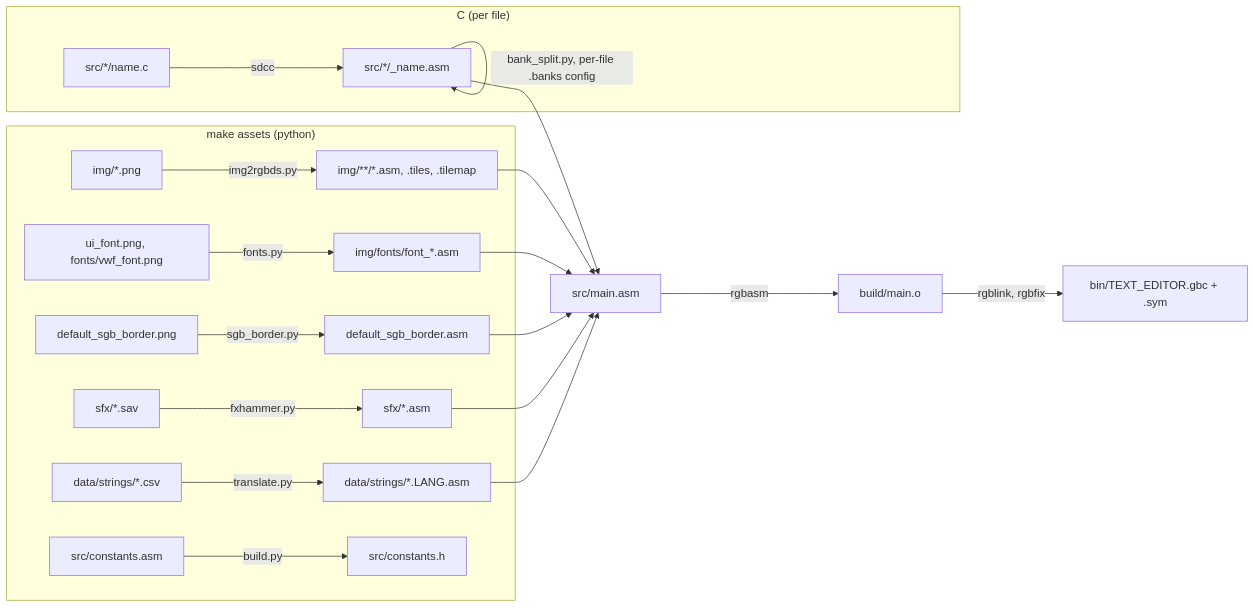
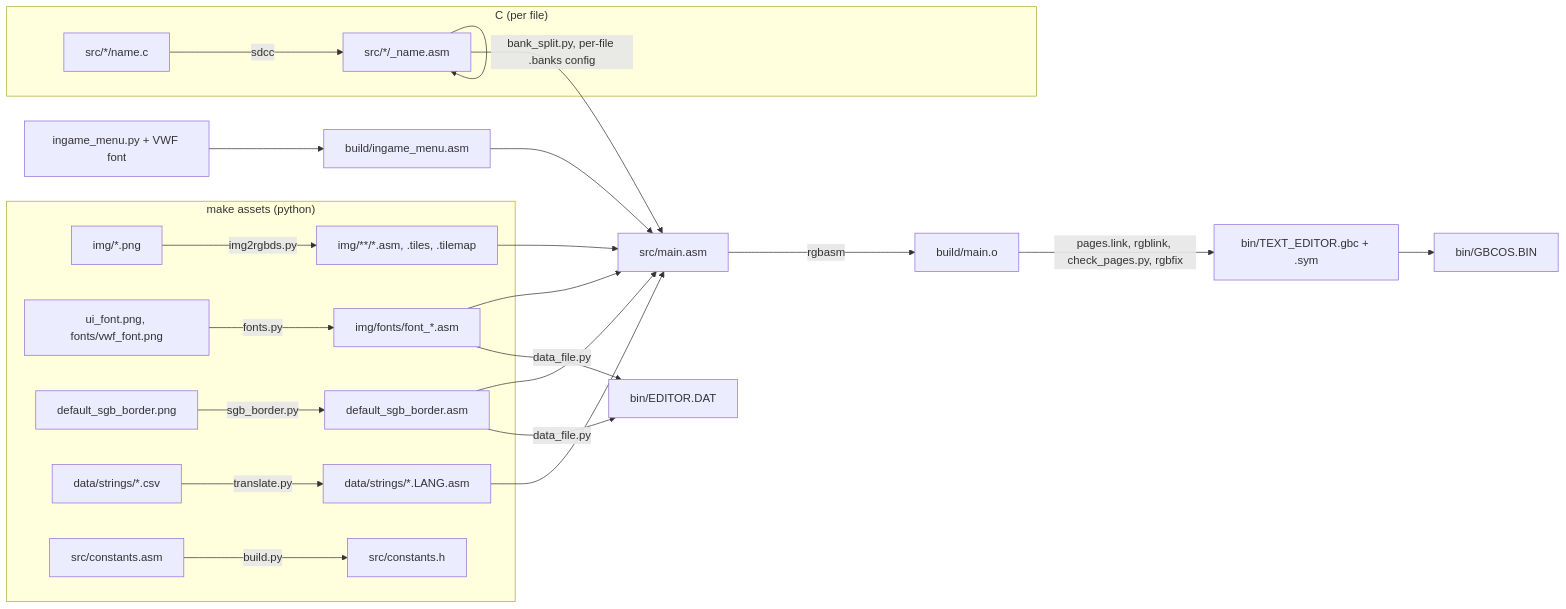
Before and after one commit to Q-Bert-Reynolds/fatpak: the first of 3 diagrams in notes/ARCHITECTURE.md, drawn with Mermaid. The commit also changed other lines of this file and 4 other files, not shown here.

````diff
--- a/notes/ARCHITECTURE.md
+++ b/notes/ARCHITECTURE.md
@@ -21,18 +27,21 @@
 ```mermaid
 flowchart LR
   subgraph assets["make assets (python)"]
     png[img/*.png] -->|img2rgbds.py| imgasm[img/**/*.asm, .tiles, .tilemap]
     fontpng[ui_font.png, fonts/vwf_font.png] -->|fonts.py| fontasm[img/fonts/font_*.asm]
     border[default_sgb_border.png] -->|sgb_border.py| borderasm[default_sgb_border.asm]
-    sav[sfx/*.sav] -->|fxhammer.py| sfxasm[sfx/*.asm]
     csv[data/strings/*.csv] -->|translate.py| strasm[data/strings/*.LANG.asm]
     consts[src/constants.asm] -->|build.py| consth[src/constants.h]
   end
   subgraph c["C (per file)"]
     cfile[src/*/name.c] -->|sdcc| casm[src/*/_name.asm]
     casm -->|bank_split.py, per-file .banks config| casm
   end
   main[src/main.asm] -->|rgbasm| obj[build/main.o]
-  imgasm & fontasm & borderasm & sfxasm & strasm & casm --> main
-  obj -->|rgblink, rgbfix| rom[bin/TEXT_EDITOR.gbc + .sym]
+  imgasm & fontasm & borderasm & strasm & casm --> main
+  menu[ingame_menu.py + VWF font] --> menugfx[build/ingame_menu.asm]
+  menugfx --> main
+  obj -->|pages.link, rgblink, check_pages.py, rgbfix| rom[bin/TEXT_EDITOR.gbc + .sym]
+  rom --> os[bin/GBCOS.BIN]
+  fontasm & borderasm -->|data_file.py| data[bin/EDITOR.DAT]
 ```
````
